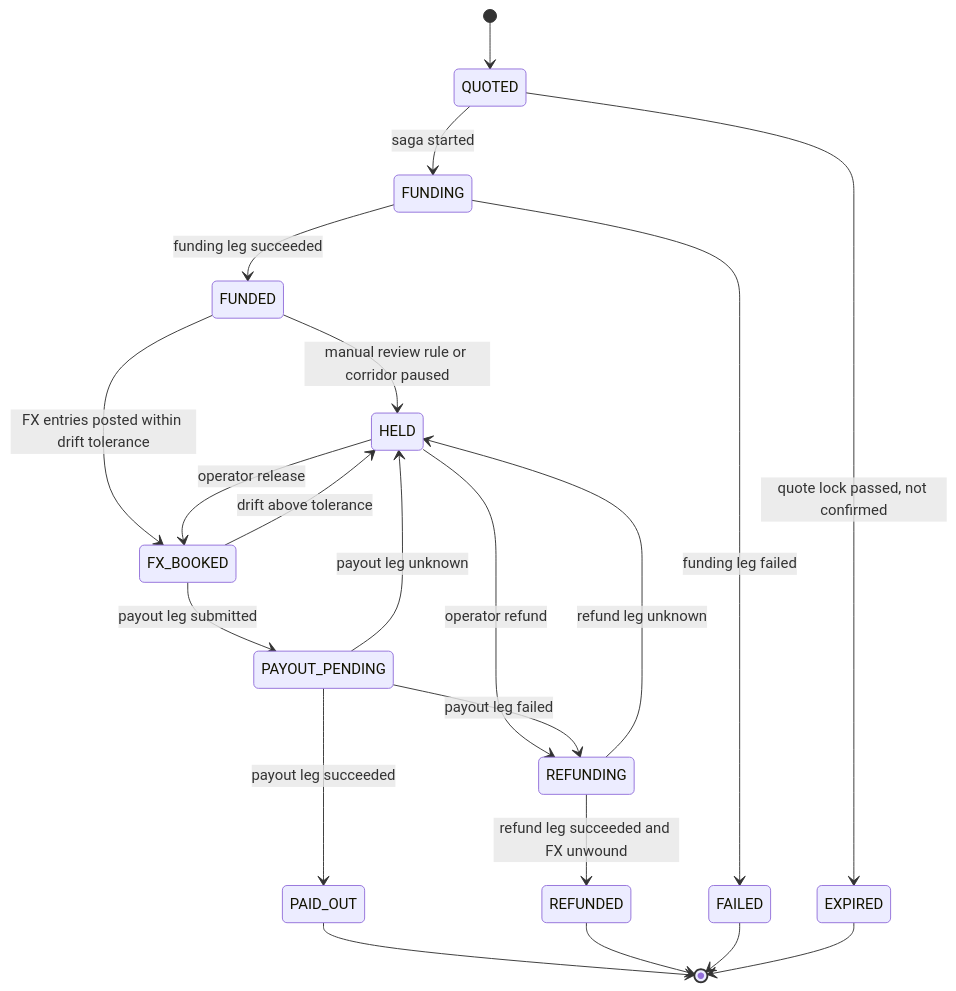
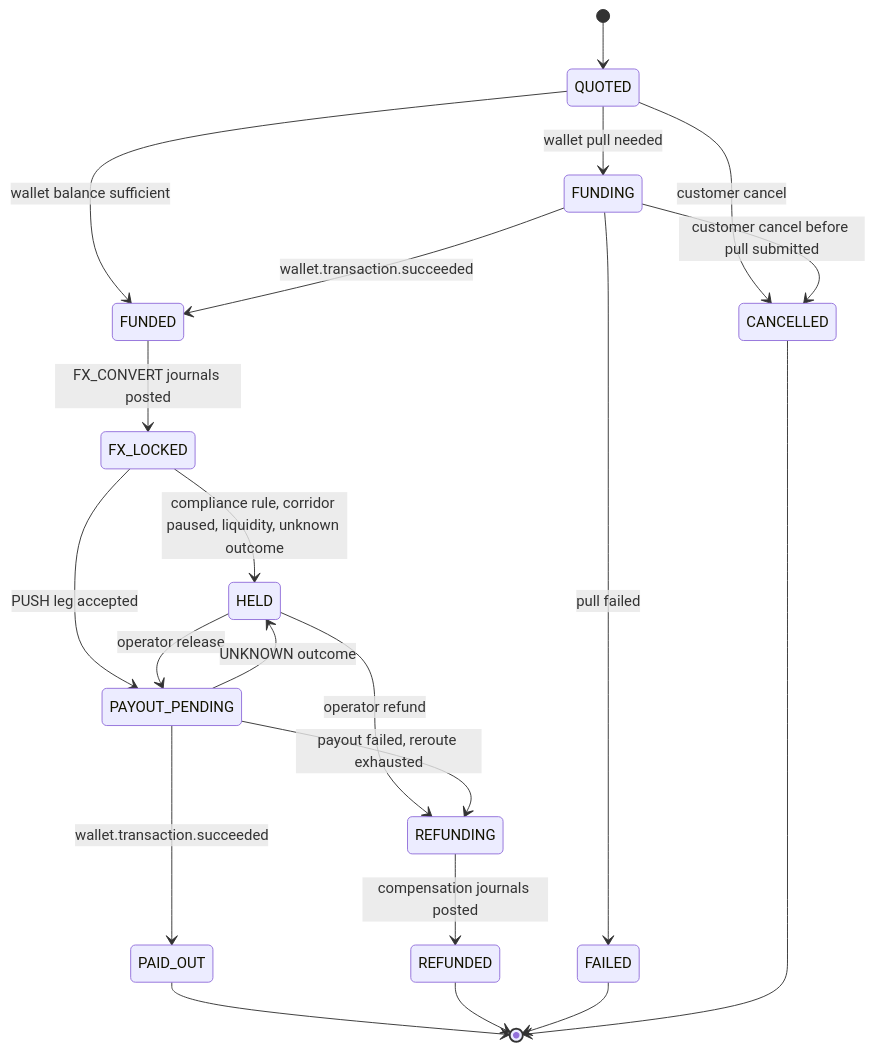
The fourth of 6 diagrams in docs/phases/phase-06-international.md (wouapit999/wouapit999), drawn with Mermaid before and after one commit. The commit also changed other lines of this file and 5 other files, not shown here.

````diff
--- a/docs/phases/phase-06-international.md
+++ b/docs/phases/phase-06-international.md
@@ -274,23 +320,23 @@
 ```mermaid
 stateDiagram-v2
   [*] --> QUOTED
-  QUOTED --> FUNDING: saga started
-  QUOTED --> EXPIRED: quote lock passed, not confirmed
-  FUNDING --> FUNDED: funding leg succeeded
-  FUNDING --> FAILED: funding leg failed
-  FUNDED --> HELD: manual review rule or corridor paused
-  FUNDED --> FX_BOOKED: FX entries posted within drift tolerance
-  FX_BOOKED --> HELD: drift above tolerance
-  HELD --> FX_BOOKED: operator release
+  QUOTED --> FUNDING: wallet pull needed
+  QUOTED --> FUNDED: wallet balance sufficient
+  FUNDING --> FUNDED: wallet.transaction.succeeded
+  FUNDING --> FAILED: pull failed
+  QUOTED --> CANCELLED: customer cancel
+  FUNDING --> CANCELLED: customer cancel before pull submitted
+  FUNDED --> FX_LOCKED: FX_CONVERT journals posted
+  FX_LOCKED --> HELD: compliance rule, corridor paused, liquidity, unknown outcome
+  FX_LOCKED --> PAYOUT_PENDING: PUSH leg accepted
+  HELD --> PAYOUT_PENDING: operator release
   HELD --> REFUNDING: operator refund
-  FX_BOOKED --> PAYOUT_PENDING: payout leg submitted
-  PAYOUT_PENDING --> PAID_OUT: payout leg succeeded
-  PAYOUT_PENDING --> HELD: payout leg unknown
-  PAYOUT_PENDING --> REFUNDING: payout leg failed
-  REFUNDING --> REFUNDED: refund leg succeeded and FX unwound
-  REFUNDING --> HELD: refund leg unknown
+  PAYOUT_PENDING --> PAID_OUT: wallet.transaction.succeeded
+  PAYOUT_PENDING --> HELD: UNKNOWN outcome
+  PAYOUT_PENDING --> REFUNDING: payout failed, reroute exhausted
+  REFUNDING --> REFUNDED: compensation journals posted
   PAID_OUT --> [*]
   REFUNDED --> [*]
   FAILED --> [*]
-  EXPIRED --> [*]
+  CANCELLED --> [*]
 ```
````
